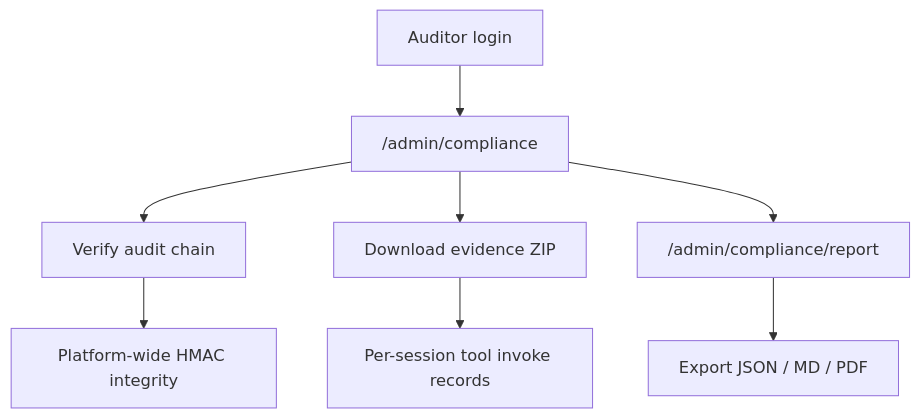
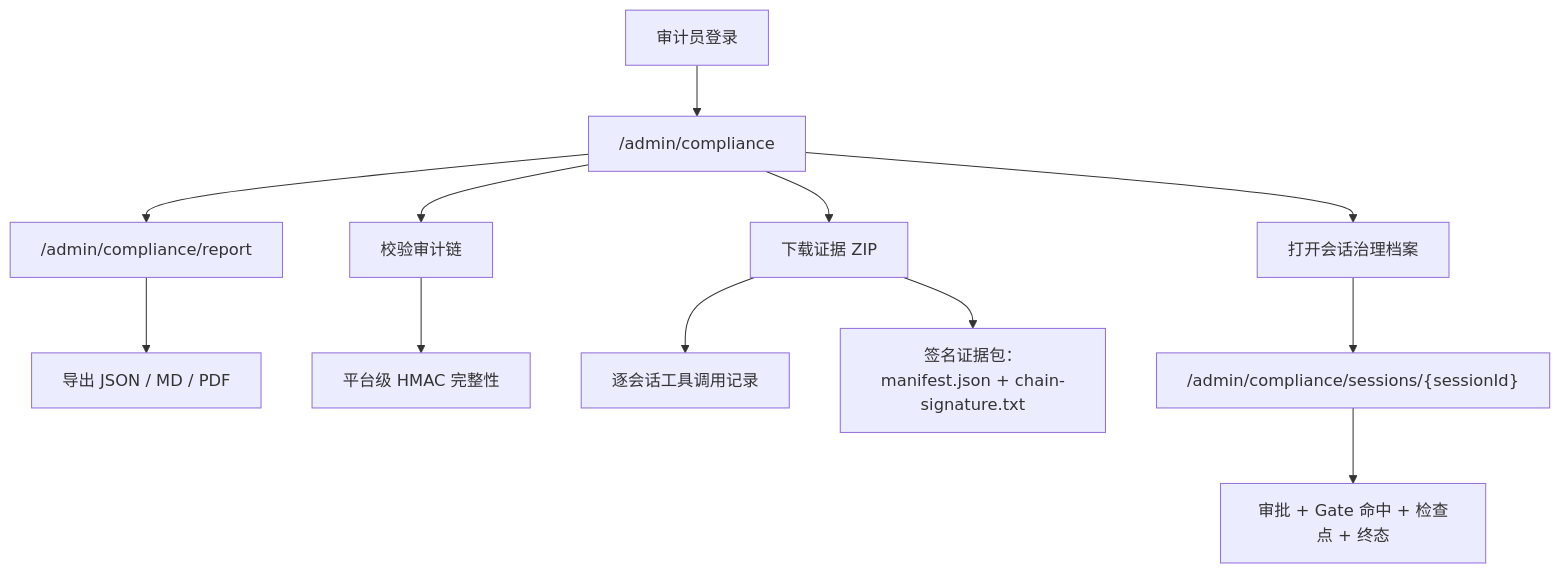
Before and after one commit to OceaLong/opencitadel: the first of 2 diagrams in docs/architecture/admin-auditor-compliance.zh-CN.md, drawn with Mermaid. The commit also changed other lines of this file and 375 other files, not shown here.

````diff
--- a/docs/architecture/admin-auditor-compliance.zh-CN.md
+++ b/docs/architecture/admin-auditor-compliance.zh-CN.md
@@ -17,10 +17,14 @@
 ```mermaid
 flowchart TD
-  Login["Auditor login"] --> Admin["/admin/compliance"]
-  Admin --> Chain["Verify audit chain"]
-  Admin --> Evidence["Download evidence ZIP"]
+  Login["审计员登录"] --> Admin["/admin/compliance"]
+  Admin --> Chain["校验审计链"]
+  Admin --> Evidence["下载证据 ZIP"]
+  Admin --> Profile["打开会话治理档案"]
   Admin --> Report["/admin/compliance/report"]
-  Report --> Export["Export JSON / MD / PDF"]
-  Chain --> Integrity["Platform-wide HMAC integrity"]
-  Evidence --> SessionPkg["Per-session tool invoke records"]
+  Report --> Export["导出 JSON / MD / PDF"]
+  Chain --> Integrity["平台级 HMAC 完整性"]
+  Evidence --> SessionPkg["逐会话工具调用记录"]
+  Evidence --> SignedPkg["签名证据包：manifest.json + chain-signature.txt"]
+  Profile --> ProfileView["/admin/compliance/sessions/{sessionId}"]
+  ProfileView --> ProfileData["审批 + Gate 命中 + 检查点 + 终态"]
 ```
````
